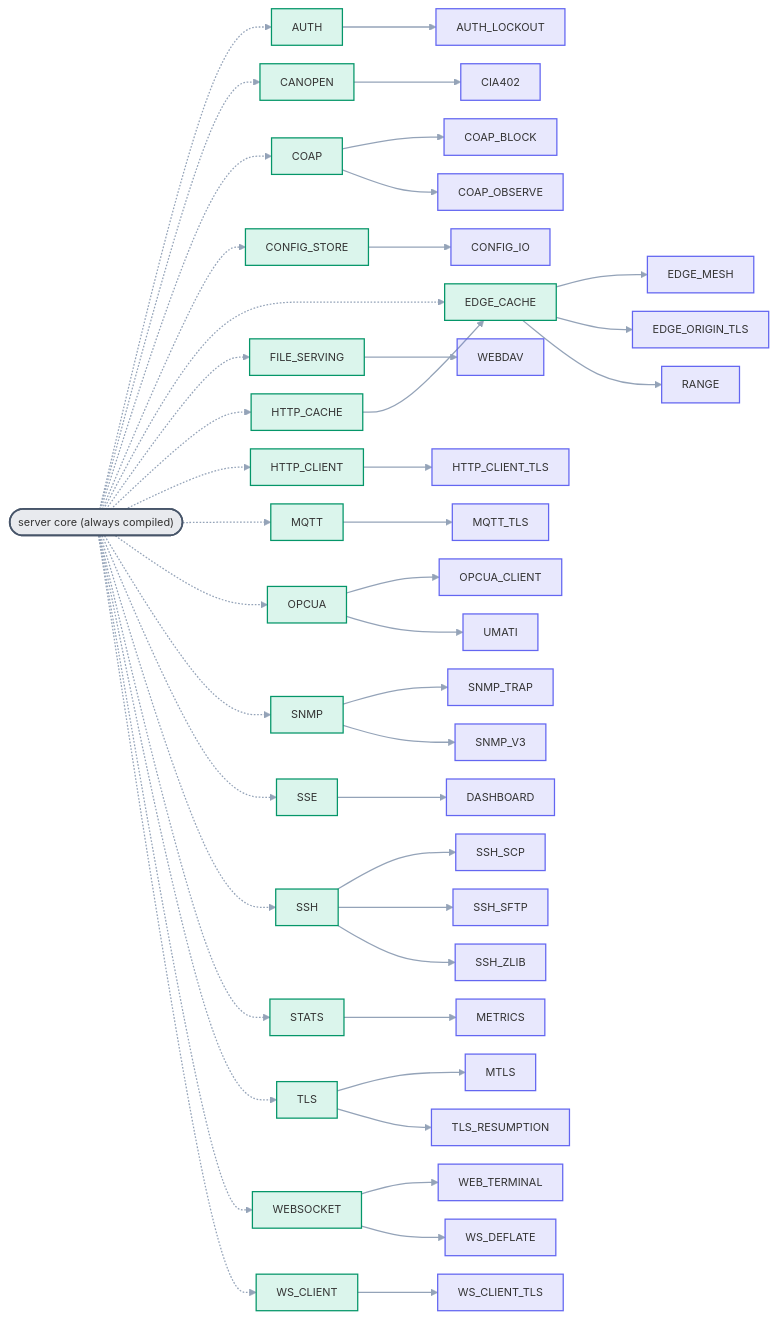
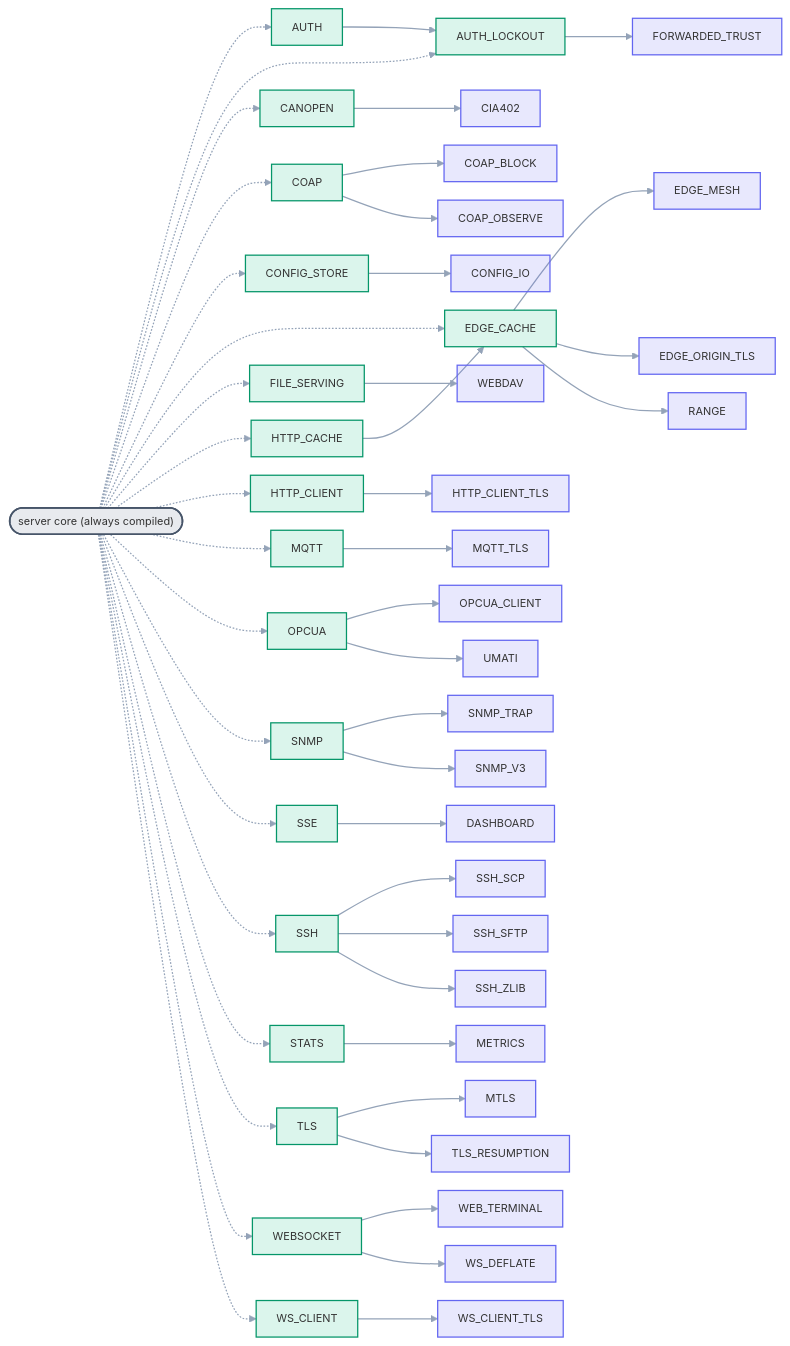
The diagram in docs/diagrams/flag_deps.mmd (dstroy0/DeterministicESPAsyncWebServer), drawn with Mermaid before and after one commit. The commit also changed 6 other files, not shown here.

```diff
--- a/docs/diagrams/flag_deps.mmd
+++ b/docs/diagrams/flag_deps.mmd
@@ -1,102 +1,105 @@
 %%{init: {'themeVariables':{'fontFamily':'monospace','fontSize':'13px','lineColor':'#94a3b8'},'flowchart':{'htmlLabels':false,'curve':'basis','nodeSpacing':22,'rankSpacing':75,'padding':12,'useMaxWidth':false}}}%%
 flowchart LR
   %% Optional feature families hang off the always-compiled core (dotted = optional, NOT
   %% a dependency); within a family a solid A --> B means B requires A (a hard #error).
   %% Auto-generated from the #error / #if guards in src/ServerConfig.h.
 
   CORE(["server core (always compiled)"])
   AUTH["AUTH"]
+  AUTH_LOCKOUT["AUTH_LOCKOUT"]
   CANOPEN["CANOPEN"]
   COAP["COAP"]
   CONFIG_STORE["CONFIG_STORE"]
   EDGE_CACHE["EDGE_CACHE"]
   FILE_SERVING["FILE_SERVING"]
   HTTP_CACHE["HTTP_CACHE"]
   HTTP_CLIENT["HTTP_CLIENT"]
   MQTT["MQTT"]
   OPCUA["OPCUA"]
   SNMP["SNMP"]
   SSE["SSE"]
   SSH["SSH"]
   STATS["STATS"]
   TLS["TLS"]
   WEBSOCKET["WEBSOCKET"]
   WS_CLIENT["WS_CLIENT"]
-  AUTH_LOCKOUT["AUTH_LOCKOUT"]
   CIA402["CIA402"]
   COAP_BLOCK["COAP_BLOCK"]
   COAP_OBSERVE["COAP_OBSERVE"]
   CONFIG_IO["CONFIG_IO"]
   DASHBOARD["DASHBOARD"]
   EDGE_MESH["EDGE_MESH"]
   EDGE_ORIGIN_TLS["EDGE_ORIGIN_TLS"]
+  FORWARDED_TRUST["FORWARDED_TRUST"]
   HTTP_CLIENT_TLS["HTTP_CLIENT_TLS"]
   METRICS["METRICS"]
   MQTT_TLS["MQTT_TLS"]
   MTLS["MTLS"]
   OPCUA_CLIENT["OPCUA_CLIENT"]
   RANGE["RANGE"]
   SNMP_TRAP["SNMP_TRAP"]
   SNMP_V3["SNMP_V3"]
   SSH_SCP["SSH_SCP"]
   SSH_SFTP["SSH_SFTP"]
   SSH_ZLIB["SSH_ZLIB"]
   TLS_RESUMPTION["TLS_RESUMPTION"]
   UMATI["UMATI"]
   WEBDAV["WEBDAV"]
   WEB_TERMINAL["WEB_TERMINAL"]
   WS_CLIENT_TLS["WS_CLIENT_TLS"]
   WS_DEFLATE["WS_DEFLATE"]
 
   CORE -.-> AUTH
+  CORE -.-> AUTH_LOCKOUT
   CORE -.-> CANOPEN
   CORE -.-> COAP
   CORE -.-> CONFIG_STORE
   CORE -.-> EDGE_CACHE
   CORE -.-> FILE_SERVING
   CORE -.-> HTTP_CACHE
   CORE -.-> HTTP_CLIENT
   CORE -.-> MQTT
   CORE -.-> OPCUA
   CORE -.-> SNMP
   CORE -.-> SSE
   CORE -.-> SSH
   CORE -.-> STATS
   CORE -.-> TLS
   CORE -.-> WEBSOCKET
   CORE -.-> WS_CLIENT
 
   AUTH --> AUTH_LOCKOUT
+  AUTH_LOCKOUT --> FORWARDED_TRUST
   CANOPEN --> CIA402
   COAP --> COAP_BLOCK
   COAP --> COAP_OBSERVE
   CONFIG_STORE --> CONFIG_IO
   EDGE_CACHE --> EDGE_MESH
   EDGE_CACHE --> EDGE_ORIGIN_TLS
   EDGE_CACHE --> RANGE
   FILE_SERVING --> WEBDAV
   HTTP_CACHE --> EDGE_CACHE
   HTTP_CLIENT --> HTTP_CLIENT_TLS
   MQTT --> MQTT_TLS
   OPCUA --> OPCUA_CLIENT
   OPCUA --> UMATI
   SNMP --> SNMP_TRAP
   SNMP --> SNMP_V3
   SSE --> DASHBOARD
   SSH --> SSH_SCP
   SSH --> SSH_SFTP
   SSH --> SSH_ZLIB
   STATS --> METRICS
   TLS --> MTLS
   TLS --> TLS_RESUMPTION
   WEBSOCKET --> WEB_TERMINAL
   WEBSOCKET --> WS_DEFLATE
   WS_CLIENT --> WS_CLIENT_TLS
 
   class CORE core;
-  class AUTH,CANOPEN,COAP,CONFIG_STORE,EDGE_CACHE,FILE_SERVING,HTTP_CACHE,HTTP_CLIENT,MQTT,OPCUA,SNMP,SSE,SSH,STATS,TLS,WEBSOCKET,WS_CLIENT parent;
-  class AUTH_LOCKOUT,CIA402,COAP_BLOCK,COAP_OBSERVE,CONFIG_IO,DASHBOARD,EDGE_MESH,EDGE_ORIGIN_TLS,HTTP_CLIENT_TLS,METRICS,MQTT_TLS,MTLS,OPCUA_CLIENT,RANGE,SNMP_TRAP,SNMP_V3,SSH_SCP,SSH_SFTP,SSH_ZLIB,TLS_RESUMPTION,UMATI,WEBDAV,WEB_TERMINAL,WS_CLIENT_TLS,WS_DEFLATE child;
+  class AUTH,AUTH_LOCKOUT,CANOPEN,COAP,CONFIG_STORE,EDGE_CACHE,FILE_SERVING,HTTP_CACHE,HTTP_CLIENT,MQTT,OPCUA,SNMP,SSE,SSH,STATS,TLS,WEBSOCKET,WS_CLIENT parent;
+  class CIA402,COAP_BLOCK,COAP_OBSERVE,CONFIG_IO,DASHBOARD,EDGE_MESH,EDGE_ORIGIN_TLS,FORWARDED_TRUST,HTTP_CLIENT_TLS,METRICS,MQTT_TLS,MTLS,OPCUA_CLIENT,RANGE,SNMP_TRAP,SNMP_V3,SSH_SCP,SSH_SFTP,SSH_ZLIB,TLS_RESUMPTION,UMATI,WEBDAV,WEB_TERMINAL,WS_CLIENT_TLS,WS_DEFLATE child;
   classDef core fill:#64748b26,stroke:#475569,stroke-width:2px;
   classDef parent fill:#10b98126,stroke:#059669,stroke-width:1.5px;
   classDef child fill:#6366f126,stroke:#6366f1,stroke-width:1.5px;
   linkStyle default stroke-width:1.5px;
```
